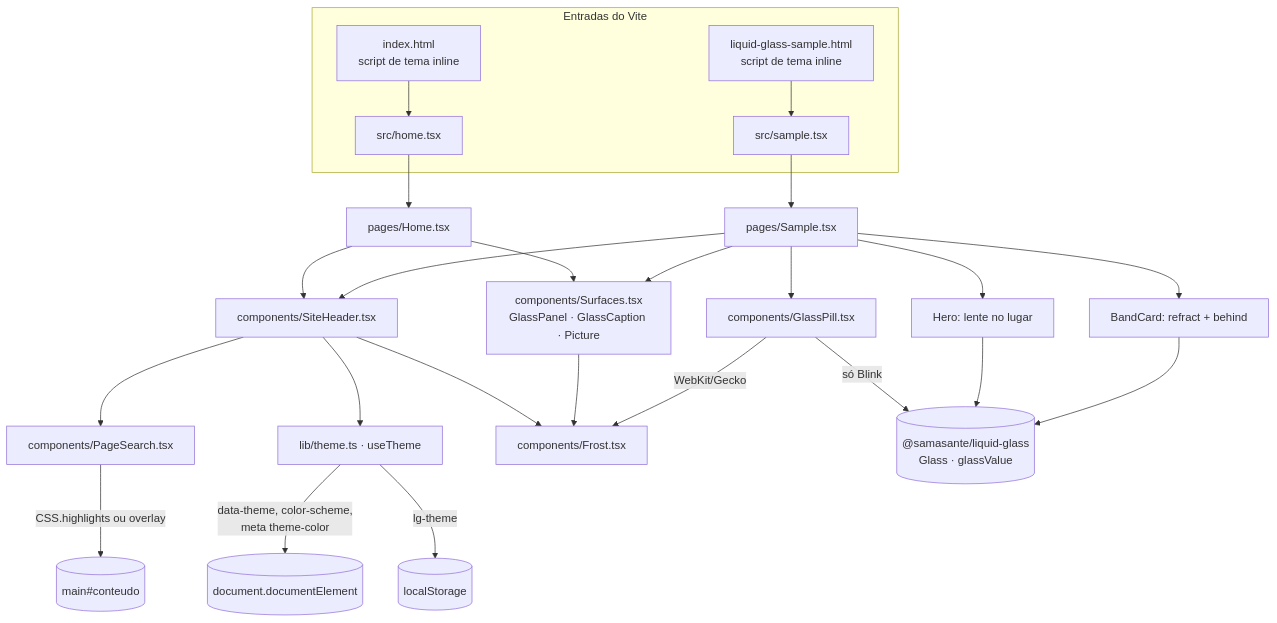
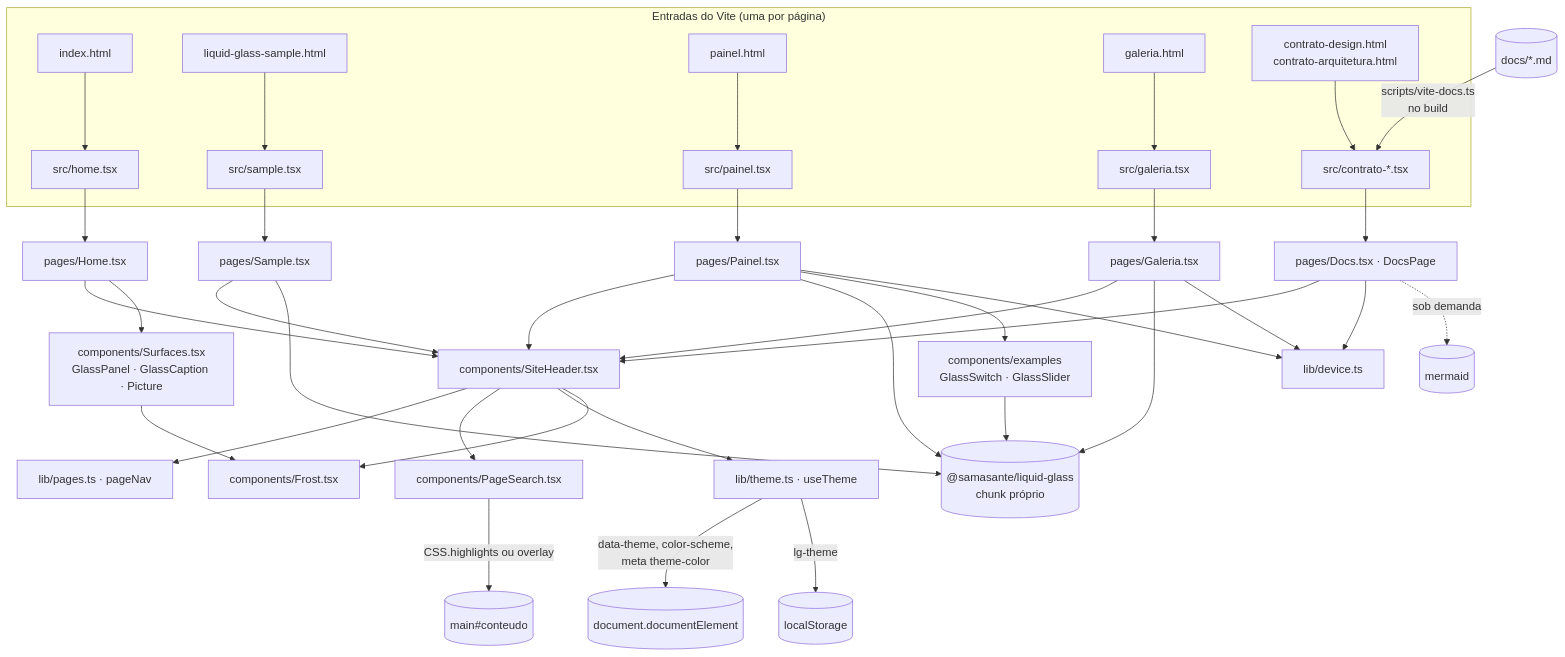
One commit to romastefale/HTML changed the diagram in docs/ARQUITETURA.md. Above: the diagram before and after it, drawn with Mermaid. The commit also changed other lines of this file and 98 other files, not shown here.

First line of the commit message:
Menu com seções primeiro, páginas Painel e Galeria de vidro líquido e o contrato de docs/ no próprio site

````diff
--- a/docs/ARQUITETURA.md
+++ b/docs/ARQUITETURA.md
@@ -122,32 +168,42 @@
 ```mermaid
 flowchart TD
-  subgraph Entradas["Entradas do Vite"]
-    IH["index.html<br/>script de tema inline"] --> HT["src/home.tsx"]
-    SH["liquid-glass-sample.html<br/>script de tema inline"] --> ST["src/sample.tsx"]
+  subgraph Entradas["Entradas do Vite (uma por página)"]
+    IH["index.html"] --> HT["src/home.tsx"]
+    SH["liquid-glass-sample.html"] --> ST["src/sample.tsx"]
+    PH["painel.html"] --> PT["src/painel.tsx"]
+    GH["galeria.html"] --> GT["src/galeria.tsx"]
+    CH["contrato-design.html<br/>contrato-arquitetura.html"] --> CT["src/contrato-*.tsx"]
   end
   HT --> HOME["pages/Home.tsx"]
   ST --> SAMPLE["pages/Sample.tsx"]
+  PT --> PAINEL["pages/Painel.tsx"]
+  GT --> GALERIA["pages/Galeria.tsx"]
+  CT --> DOCS["pages/Docs.tsx · DocsPage"]
+  MD[("docs/*.md")] -->|"scripts/vite-docs.ts<br/>no build"| CT
 
   HOME --> HEADER["components/SiteHeader.tsx"]
   SAMPLE --> HEADER
+  PAINEL --> HEADER
+  GALERIA --> HEADER
+  DOCS --> HEADER
+  HEADER --> NAV["lib/pages.ts · pageNav"]
   HEADER --> SEARCH["components/PageSearch.tsx"]
   HEADER --> THEME["lib/theme.ts · useTheme"]
   HEADER --> FROST["components/Frost.tsx"]
-
   HOME --> SURF["components/Surfaces.tsx<br/>GlassPanel · GlassCaption · Picture"]
-  SAMPLE --> SURF
   SURF --> FROST
 
-  SAMPLE --> PILL["components/GlassPill.tsx"]
-  SAMPLE --> HERO["Hero: lente no lugar"]
-  SAMPLE --> BAND["BandCard: refract + behind"]
-
-  PILL -->|"só Blink"| LIB[("@samasante/liquid-glass<br/>Glass · glassValue")]
-  PILL -->|"WebKit/Gecko"| FROST
-  HERO --> LIB
-  BAND --> LIB
+  SAMPLE --> LIB[("@samasante/liquid-glass<br/>chunk próprio")]
+  PAINEL --> LIB
+  PAINEL --> EX["components/examples<br/>GlassSwitch · GlassSlider"]
+  EX --> LIB
+  GALERIA --> LIB
+  PAINEL --> DEV["lib/device.ts"]
+  GALERIA --> DEV
+  DOCS --> DEV
+  DOCS -.->|"sob demanda"| MER[("mermaid")]
 
   THEME -->|"data-theme, color-scheme,<br/>meta theme-color"| DOC[("document.documentElement")]
   THEME -->|"lg-theme"| LS[("localStorage")]
   SEARCH -->|"CSS.highlights ou overlay"| MAIN[("main#conteudo")]
 ```
````
